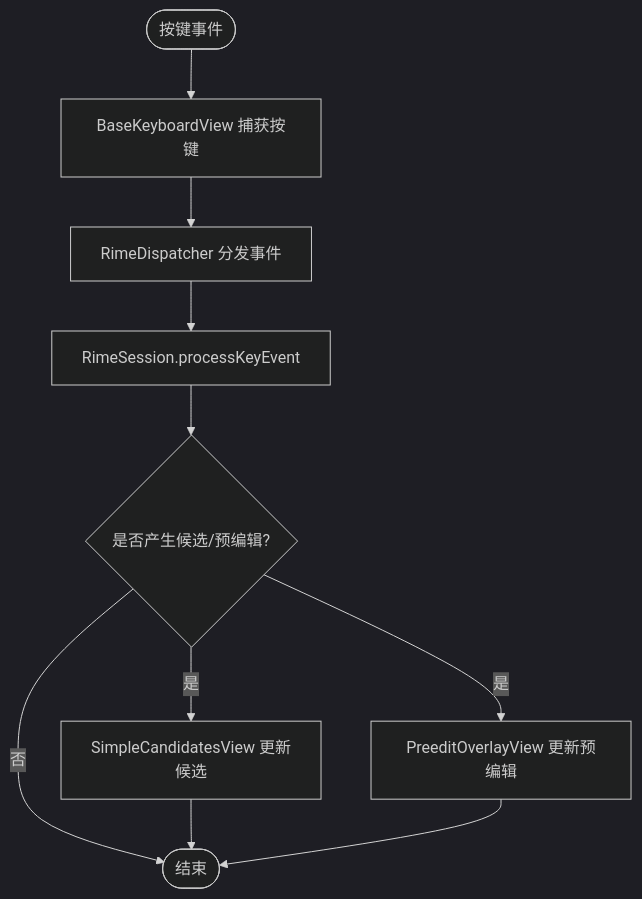
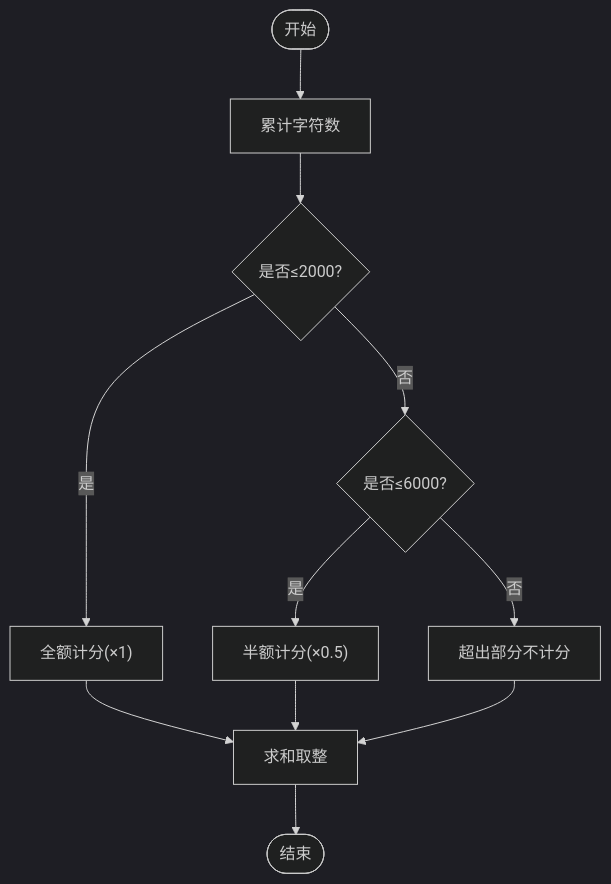
One commit to qiaodashaoye/ziyou-ime changed the fifth of 8 diagrams in .qoder/repowiki/zh/content/架构设计/架构设计.md. Above: the diagram before and after it, drawn with Mermaid (dark theme). The commit also changed other lines of this file and 407 other files, not shown here.

````diff
--- a/.qoder/repowiki/zh/content/架构设计/架构设计.md
+++ b/.qoder/repowiki/zh/content/架构设计/架构设计.md
@@ -303,12 +185,13 @@
 ```mermaid
 flowchart TD
-Start(["按键事件"]) --> Capture["BaseKeyboardView 捕获按键"]
-Capture --> Dispatch["RimeDispatcher 分发事件"]
-Dispatch --> Process["RimeSession.processKeyEvent"]
-Process --> Result{"是否产生候选/预编辑?"}
-Result --> |是| UpdateCand["SimpleCandidatesView 更新候选"]
-Result --> |是| UpdatePreedit["PreeditOverlayView 更新预编辑"]
-Result --> |否| End(["结束"])
-UpdateCand --> End
-UpdatePreedit --> End
+Start(["开始"]) --> CalcChars["累计字符数"]
+CalcChars --> Tier1{"是否≤2000?"}
+Tier1 --> |是| FullRate["全额计分(×1)"]
+Tier1 --> |否| Tier2{"是否≤6000?"}
+Tier2 --> |是| HalfRate["半额计分(×0.5)"]
+Tier2 --> |否| NoScore["超出部分不计分"]
+FullRate --> Sum["求和取整"]
+HalfRate --> Sum
+NoScore --> Sum
+Sum --> End(["结束"])
 ```
````
